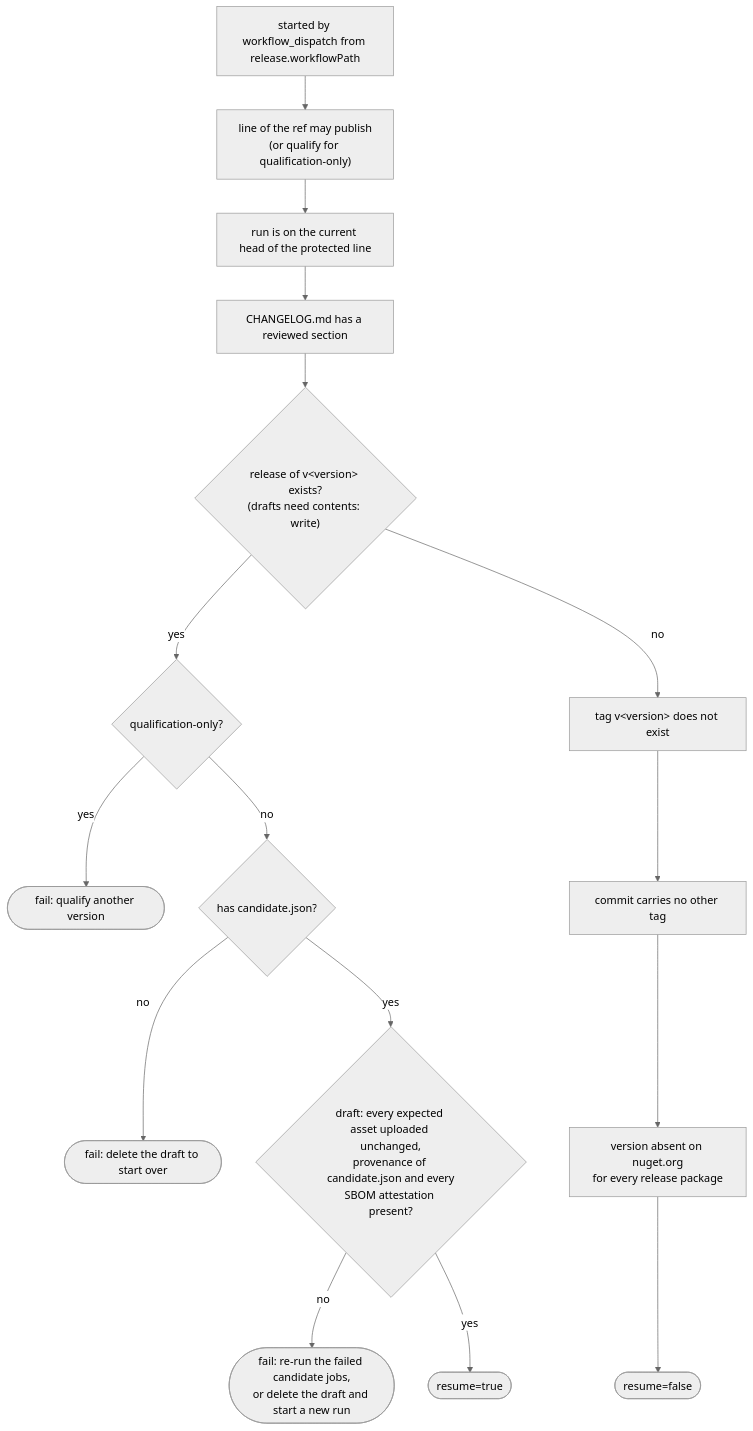
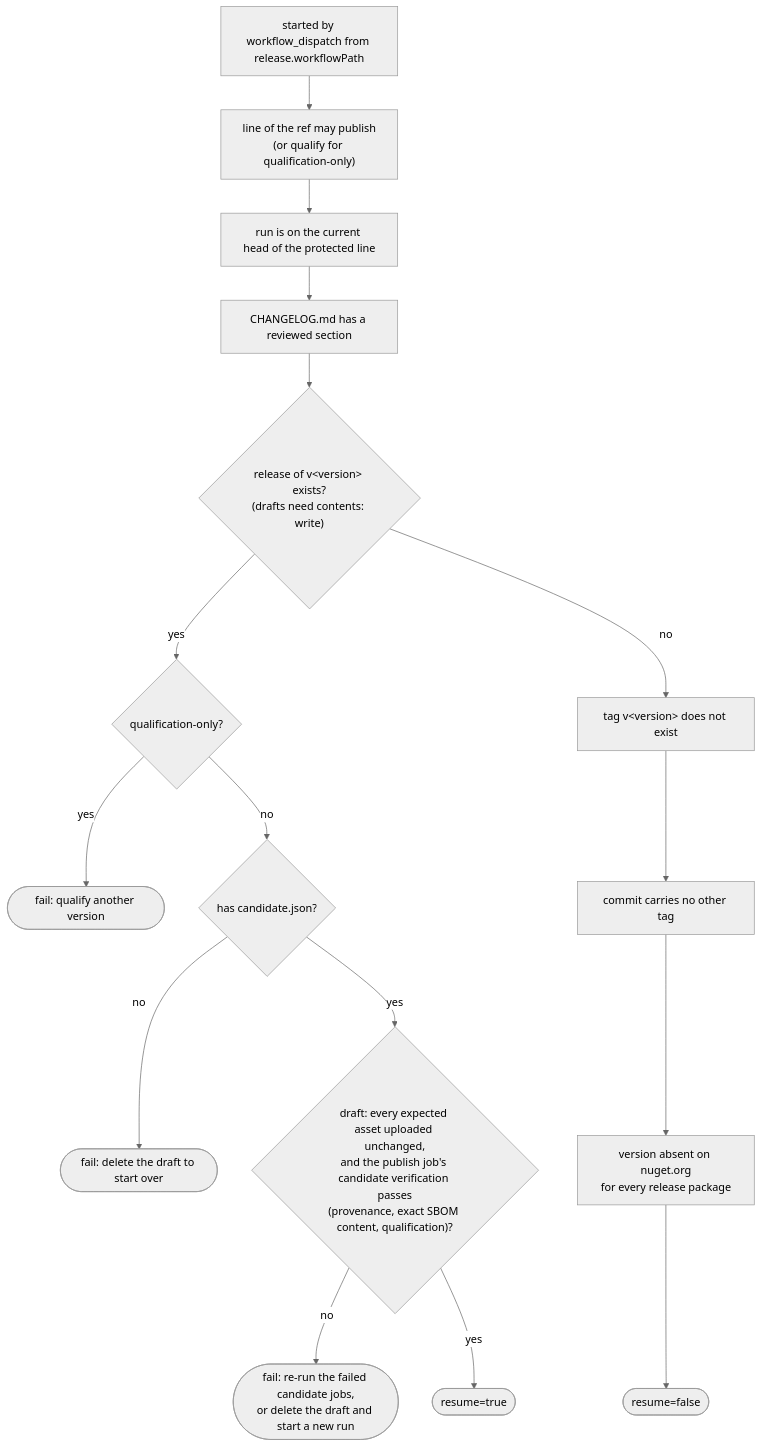
The tenth of 19 diagrams in docs/overview.md (doka-labs/workflows), drawn with Mermaid (neutral theme) before and after one commit. The commit also changed other lines of this file and 25 other files, not shown here.

````diff
--- a/docs/overview.md
+++ b/docs/overview.md
@@ -267,14 +267,14 @@
 ```mermaid
 flowchart TB
   p1["started by workflow_dispatch from release.workflowPath"] --> p2["line of the ref may publish<br/>(or qualify for qualification-only)"]
   p2 --> p3["run is on the current head of the protected line"] --> p4["CHANGELOG.md has a reviewed section"]
   p4 --> r{"release of v&lt;version&gt; exists?<br/>(drafts need contents: write)"}
   r -- yes --> r1{"qualification-only?"}
   r1 -- yes --> f1(["fail: qualify another version"])
   r1 -- no --> r2{"has candidate.json?"}
   r2 -- no --> f2(["fail: delete the draft to start over"])
-  r2 -- yes --> r3{"draft: every expected asset uploaded unchanged,<br/>provenance of candidate.json and every<br/>SBOM attestation present?"}
+  r2 -- yes --> r3{"draft: every expected asset uploaded unchanged,<br/>and the publish job's candidate verification passes<br/>(provenance, exact SBOM content, qualification)?"}
   r3 -- no --> f3(["fail: re-run the failed candidate jobs,<br/>or delete the draft and start a new run"])
   r3 -- yes --> out1(["resume=true"])
   r -- no --> t1["tag v&lt;version&gt; does not exist"] --> t2["commit carries no other tag"] --> t3["version absent on nuget.org<br/>for every release package"] --> out2(["resume=false"])
 ```
````
